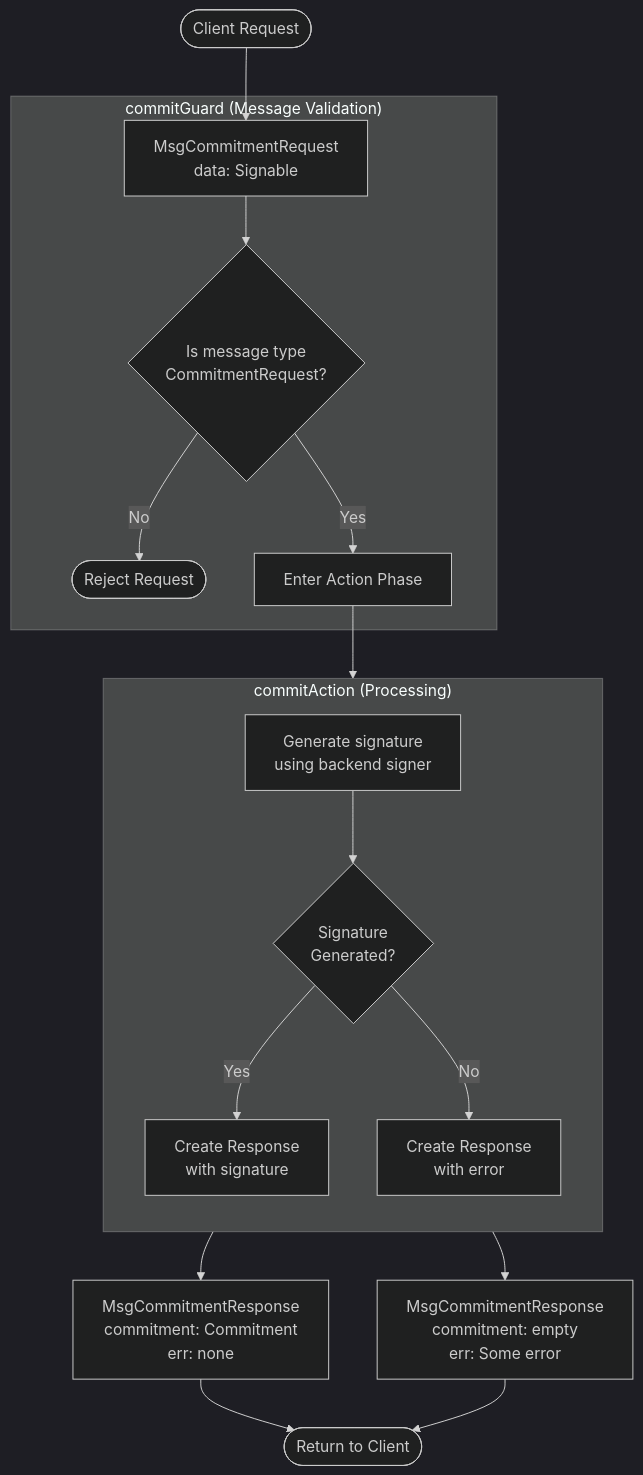
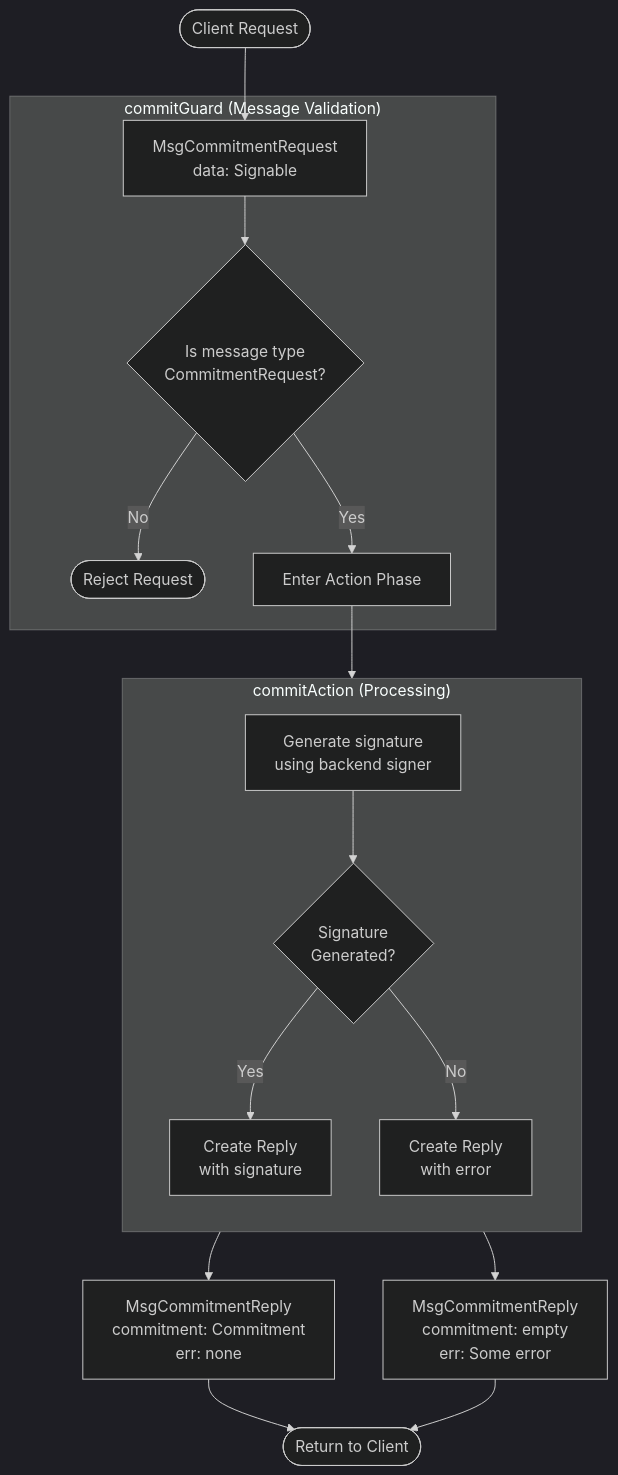
Before and after one commit to anoma/nspec: the diagram in docs/arch/node/engines/commitment_behaviour.juvix.md, drawn with Mermaid (dark theme). The commit also changed other lines of this file and 37 other files, not shown here.

Commit message:
Renamed all instances of "Response" to "Reply" in message interfaces for consistency across commitment, decryption, identity management, and other engines.

````diff
--- a/docs/arch/node/engines/commitment_behaviour.juvix.md
+++ b/docs/arch/node/engines/commitment_behaviour.juvix.md
@@ -43,26 +43,26 @@
 ```mermaid
 flowchart TD
     Start([Client Request]) --> MsgReq[MsgCommitmentRequest<br>data: Signable]
 
     subgraph Guard["commitGuard (Message Validation)"]
         MsgReq --> ValidType{Is message type<br>CommitmentRequest?}
         ValidType -->|No| Reject([Reject Request])
         ValidType -->|Yes| ActionEntry[Enter Action Phase]
     end
 
     ActionEntry --> Action
 
     subgraph Action["commitAction (Processing)"]
         direction TB
         Sign[Generate signature<br>using backend signer]
         Sign --> Success{Signature<br>Generated?}
-        Success -->|Yes| GoodResp[Create Response<br>with signature]
-        Success -->|No| ErrResp[Create Response<br>with error]
+        Success -->|Yes| GoodResp[Create Reply<br>with signature]
+        Success -->|No| ErrResp[Create Reply<br>with error]
     end
 
-    GoodResp --> Response[MsgCommitmentResponse<br>commitment: Commitment<br>err: none]
-    ErrResp --> ErrResponse[MsgCommitmentResponse<br>commitment: empty<br>err: Some error]
+    GoodResp --> Reply[MsgCommitmentReply<br>commitment: Commitment<br>err: none]
+    ErrResp --> ErrReply[MsgCommitmentReply<br>commitment: empty<br>err: Some error]
 
-    Response --> Client([Return to Client])
-    ErrResponse --> Client
+    Reply --> Client([Return to Client])
+    ErrReply --> Client
 ```
````
